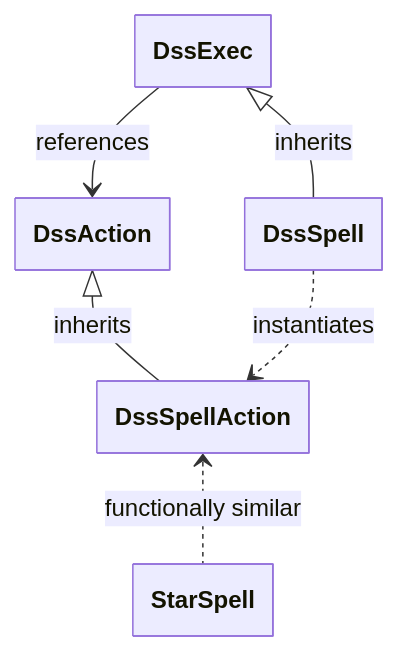
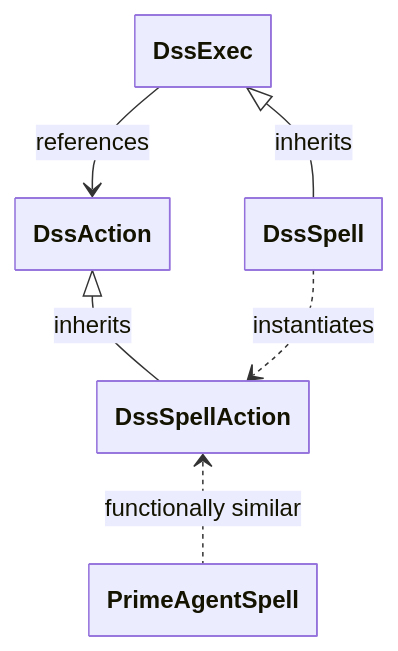
Before and after one commit to sky-ecosystem/pe-checklists: the first of 2 diagrams in spell/star-spell-reviewer-checklist.md, drawn with Mermaid. The commit also changed other lines of this file and 2 other files, not shown here.

````diff
--- a/spell/star-spell-reviewer-checklist.md
+++ b/spell/star-spell-reviewer-checklist.md
@@ -14,20 +14,20 @@
 ```mermaid
 ---
 config:
     class:
         hideEmptyMembersBox: true
 ---
 classDiagram
     %% Core contract inheritance structure
     DssExec <|-- DssSpell : inherits
     DssAction <|-- DssSpellAction : inherits
 
     %% Instantiation relationship
     DssSpell ..> DssSpellAction : instantiates
 
     %% Functional similarity
-    DssSpellAction <.. StarSpell : functionally similar
+    DssSpellAction <.. PrimeAgentSpell : functionally similar
 
     %% Reference relationship
     DssExec --> DssAction : references
 ```
````
